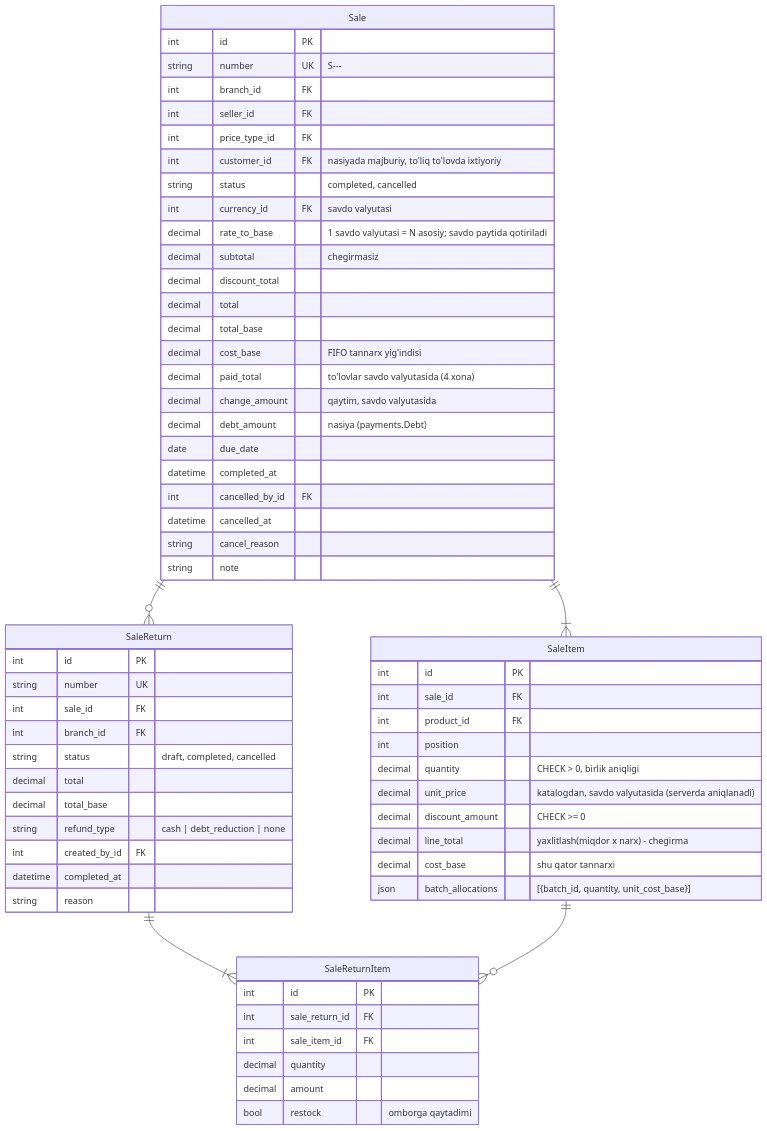
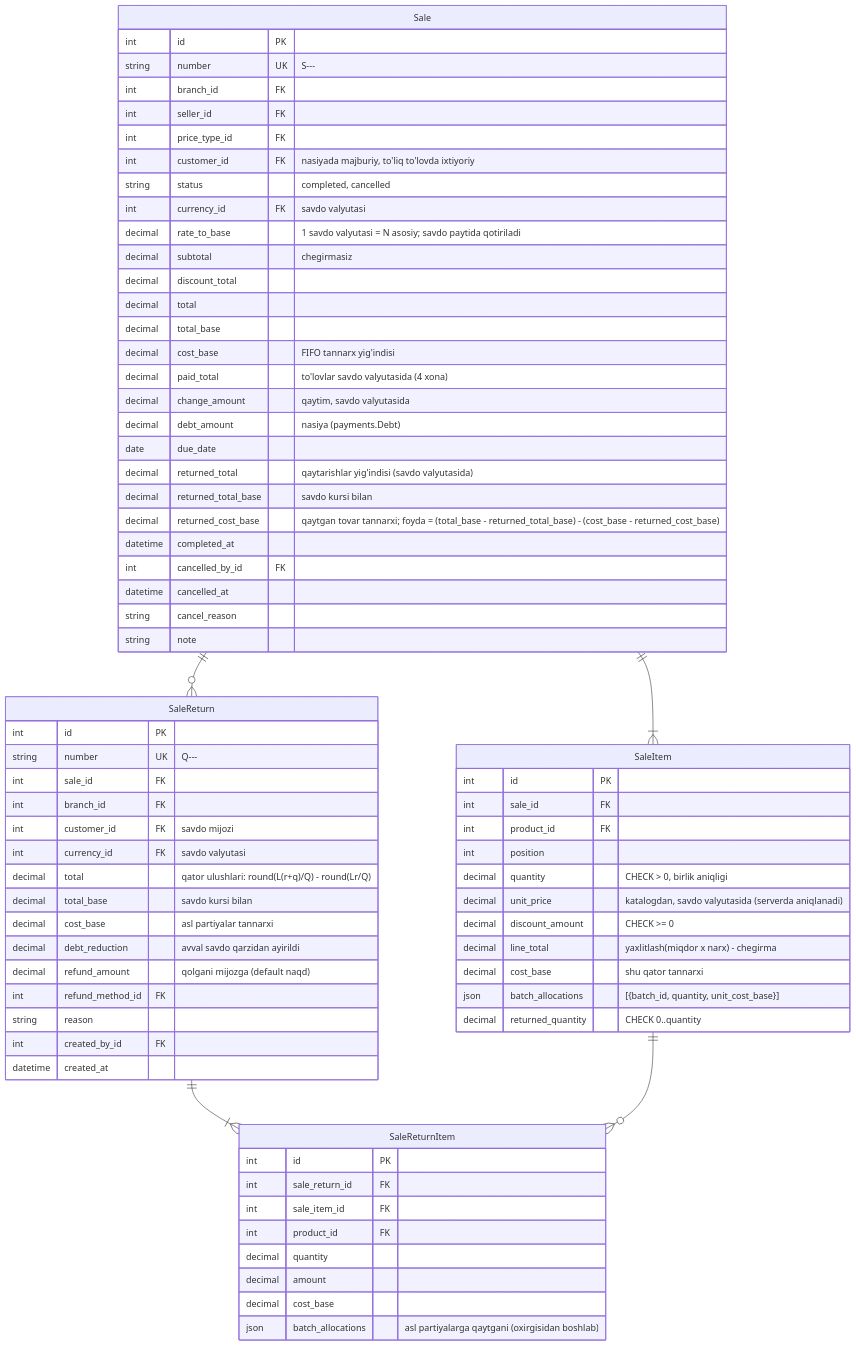
The ninth of 11 diagrams in docs/er-diagram.md (RaxmonovIlhombek/sevento_back), drawn with Mermaid before and after one commit. The commit also changed other lines of this file and 13 other files, not shown here.

````diff
--- a/docs/er-diagram.md
+++ b/docs/er-diagram.md
@@ -383,65 +662,75 @@
 ```mermaid
 erDiagram
   Sale {
     int id PK
     string number UK "S-<nuqta>-<yil>-<raqam>"
     int branch_id FK
     int seller_id FK
     int price_type_id FK
     int customer_id FK "nasiyada majburiy, to'liq to'lovda ixtiyoriy"
     string status "completed, cancelled"
     int currency_id FK "savdo valyutasi"
     decimal rate_to_base "1 savdo valyutasi = N asosiy; savdo paytida qotiriladi"
     decimal subtotal "chegirmasiz"
     decimal discount_total
     decimal total
     decimal total_base
     decimal cost_base "FIFO tannarx yig'indisi"
     decimal paid_total "to'lovlar savdo valyutasida (4 xona)"
     decimal change_amount "qaytim, savdo valyutasida"
     decimal debt_amount "nasiya (payments.Debt)"
     date due_date
+    decimal returned_total "qaytarishlar yig'indisi (savdo valyutasida)"
+    decimal returned_total_base "savdo kursi bilan"
+    decimal returned_cost_base "qaytgan tovar tannarxi; foyda = (total_base - returned_total_base) - (cost_base - returned_cost_base)"
     datetime completed_at
     int cancelled_by_id FK
     datetime cancelled_at
     string cancel_reason
     string note
   }
   SaleItem {
     int id PK
     int sale_id FK
     int product_id FK
     int position
     decimal quantity "CHECK > 0, birlik aniqligi"
     decimal unit_price "katalogdan, savdo valyutasida (serverda aniqlanadi)"
     decimal discount_amount "CHECK >= 0"
     decimal line_total "yaxlitlash(miqdor x narx) - chegirma"
     decimal cost_base "shu qator tannarxi"
     json batch_allocations "[{batch_id, quantity, unit_cost_base}]"
+    decimal returned_quantity "CHECK 0..quantity"
   }
   SaleReturn {
     int id PK
-    string number UK
+    string number UK "Q-<nuqta>-<yil>-<raqam>"
     int sale_id FK
     int branch_id FK
-    string status "draft, completed, cancelled"
-    decimal total
-    decimal total_base
-    string refund_type "cash | debt_reduction | none"
+    int customer_id FK "savdo mijozi"
+    int currency_id FK "savdo valyutasi"
+    decimal total "qator ulushlari: round(L(r+q)/Q) - round(Lr/Q)"
+    decimal total_base "savdo kursi bilan"
+    decimal cost_base "asl partiyalar tannarxi"
+    decimal debt_reduction "avval savdo qarzidan ayirildi"
+    decimal refund_amount "qolgani mijozga (default naqd)"
+    int refund_method_id FK
+    string reason
     int created_by_id FK
-    datetime completed_at
-    string reason
+    datetime created_at
   }
   SaleReturnItem {
     int id PK
     int sale_return_id FK
     int sale_item_id FK
+    int product_id FK
     decimal quantity
     decimal amount
-    bool restock "omborga qaytadimi"
+    decimal cost_base
+    json batch_allocations "asl partiyalarga qaytgani (oxirgisidan boshlab)"
   }
   Sale ||--|{ SaleItem : ""
   Sale ||--o{ SaleReturn : ""
   SaleReturn ||--|{ SaleReturnItem : ""
   SaleItem ||--o{ SaleReturnItem : ""
 ```
````
